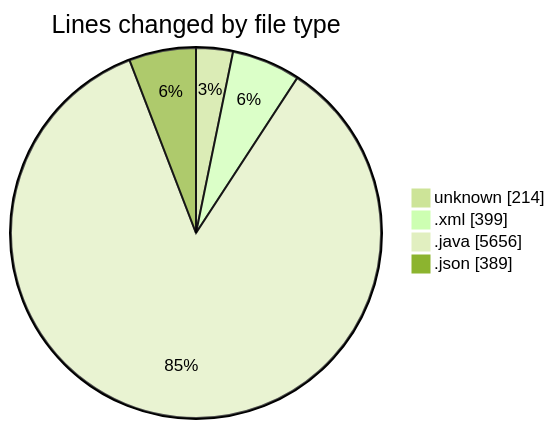
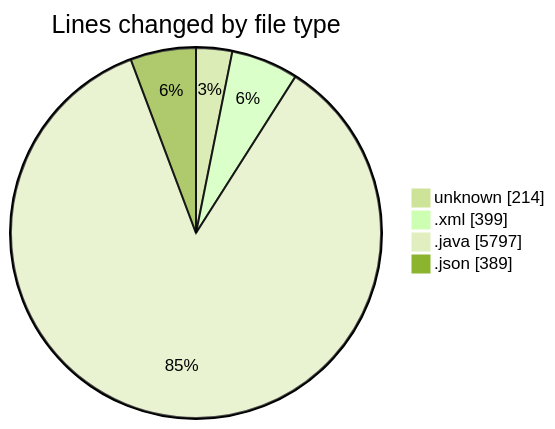
Before and after one commit to charlie-sans/code-tracking: the first of 2 diagrams in 2025-02-24/micros/README.md, drawn with Mermaid (forest theme). The commit also changed other lines of this file and 1 other file, not shown here.

````diff
--- a/2025-02-24/micros/README.md
+++ b/2025-02-24/micros/README.md
@@ -39,8 +39,8 @@
 ```mermaid
 pie showData
 title Lines changed by file type
 "unknown" : 214
 ".xml" : 399
-".java" : 5656
+".java" : 5797
 ".json" : 389
 ```
````
